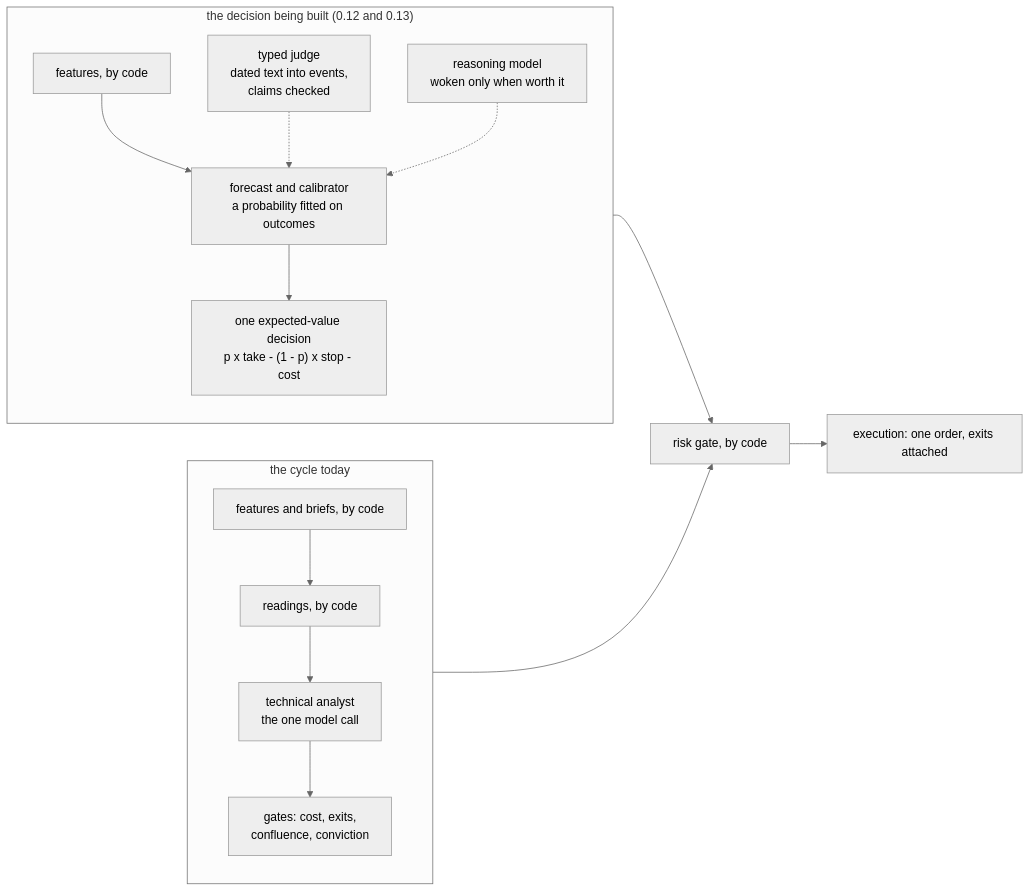
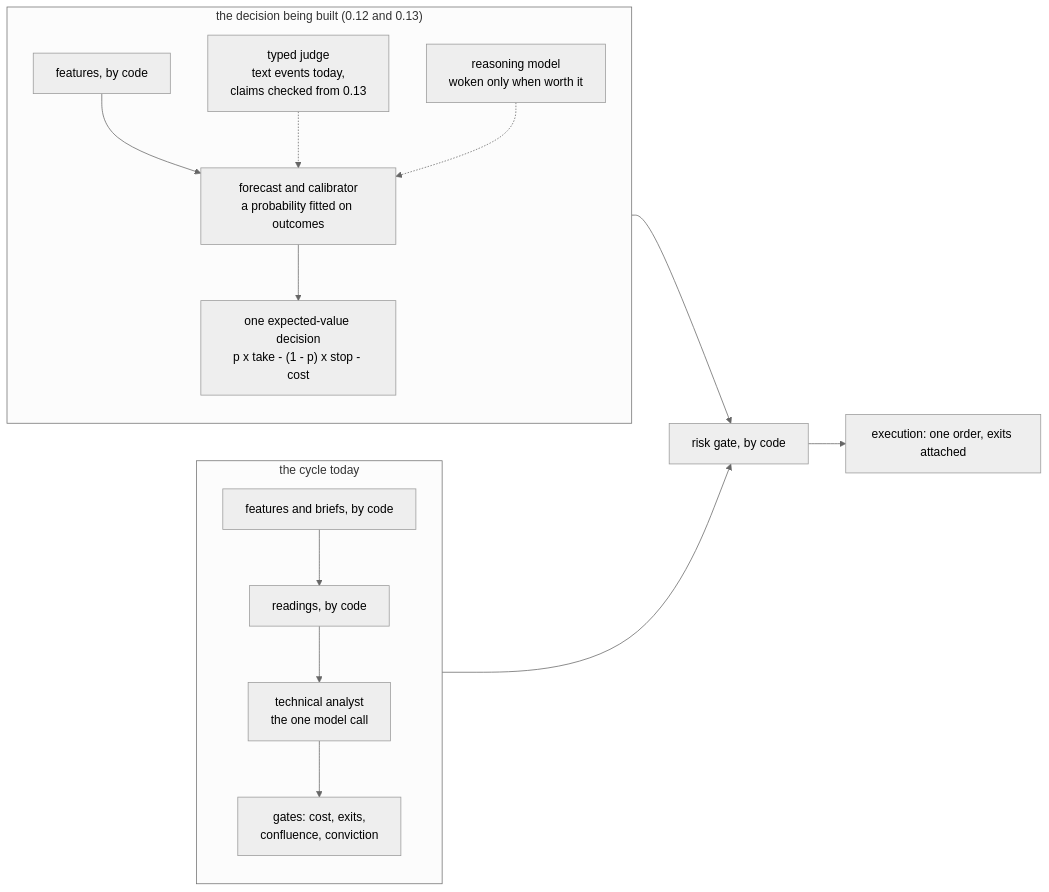
One commit to BijectiveLabs/bitra changed the second of 3 diagrams in docs/opensource/architecture.md. Above: the diagram before and after it, drawn with Mermaid (neutral theme). The commit also changed other lines of this file and 5 other files, not shown here.

Commit message:
Docs: the typed judge, text events and the 41 features

````diff
--- a/docs/opensource/architecture.md
+++ b/docs/opensource/architecture.md
@@ -199,19 +202,19 @@
 ```mermaid
 flowchart LR
     subgraph now["the cycle today"]
         direction TB
         f1["features and briefs, by code"] --> r1["readings, by code"]
         r1 --> m1["technical analyst<br/>the one model call"]
         m1 --> g1["gates: cost, exits,<br/>confluence, conviction"]
     end
     subgraph next["the decision being built (0.12 and 0.13)"]
         direction TB
         f2["features, by code"] --> fc["forecast and calibrator<br/>a probability fitted on outcomes"]
-        j2["typed judge<br/>dated text into events,<br/>claims checked"] -.-> fc
+        j2["typed judge<br/>text events today,<br/>claims checked from 0.13"] -.-> fc
         s2["reasoning model<br/>woken only when worth it"] -.-> fc
         fc --> ev["one expected-value decision<br/>p x take - (1 - p) x stop - cost"]
     end
     g1 --> gate["risk gate, by code"]
     ev --> gate
     gate --> ex["execution: one order, exits attached"]
 ```
````
